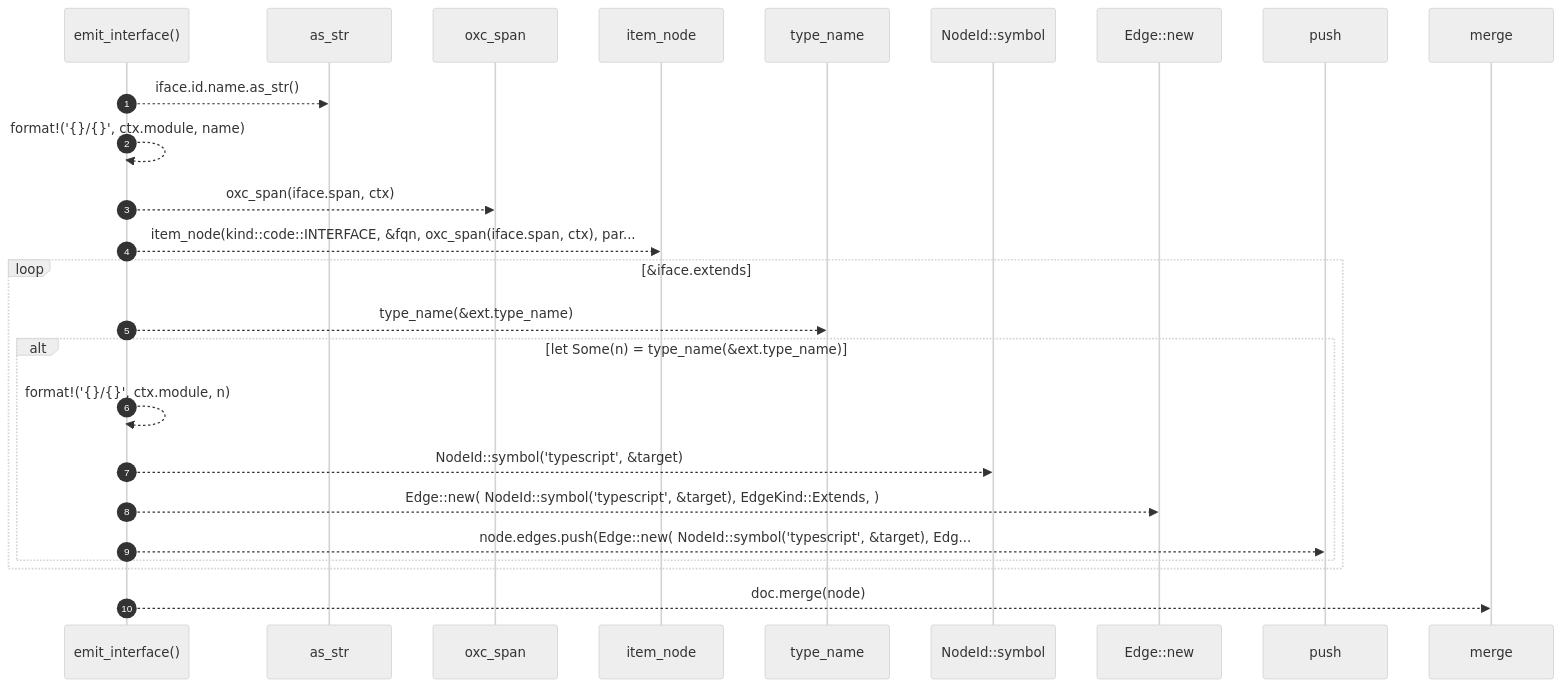
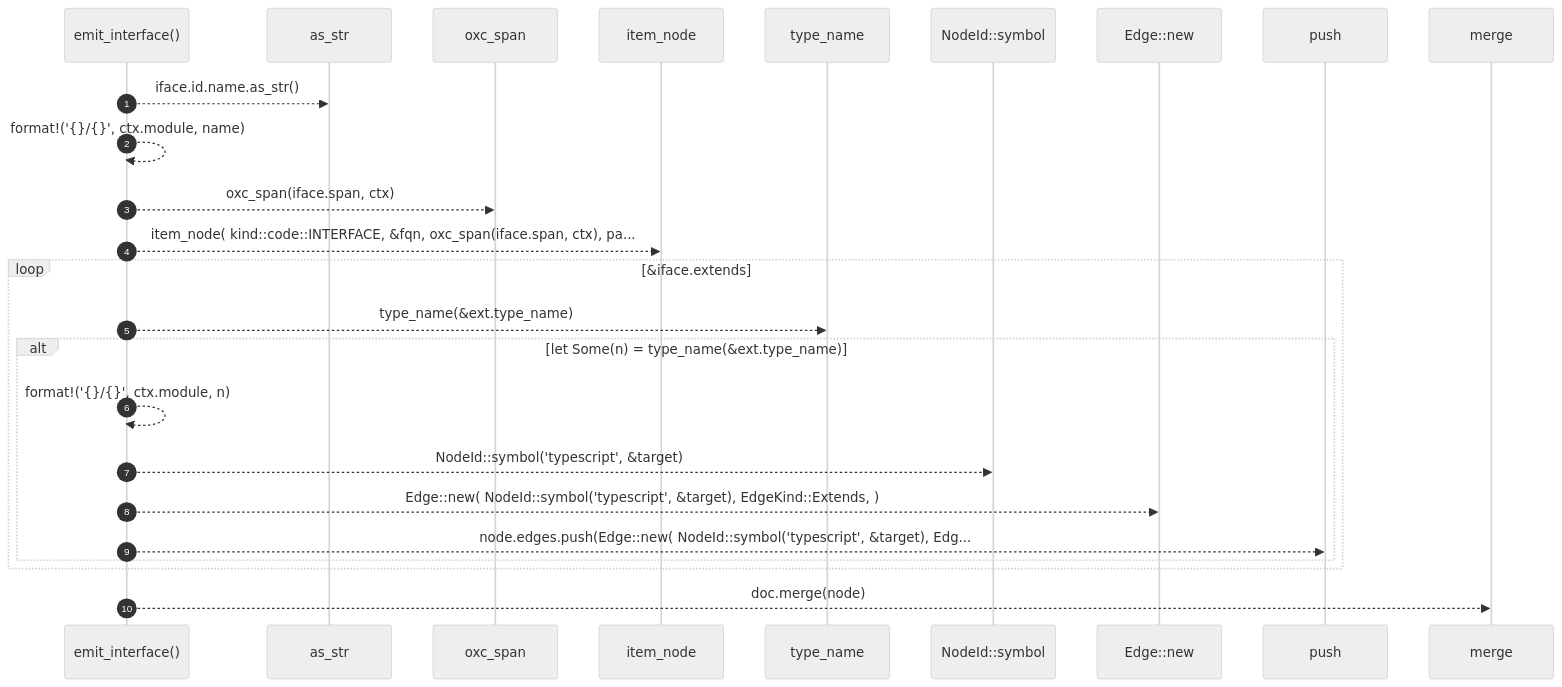
The diagram in docs/self-model/robby_extract/typescript/emit-interface.md (RyanGuild/self-describing-code), drawn with Mermaid (neutral theme) before and after one commit. The commit also changed other lines of this file and 747 other files, not shown here.

````diff
--- a/docs/self-model/robby_extract/typescript/emit-interface.md
+++ b/docs/self-model/robby_extract/typescript/emit-interface.md
@@ -35,27 +40,27 @@
 ```mermaid
 sequenceDiagram
     autonumber
     participant emit_interface as emit_interface()
     participant as_str as as_str
     participant oxc_span as oxc_span
     participant item_node as item_node
     participant type_name as type_name
     participant NodeId__symbol as NodeId::symbol
     participant Edge__new as Edge::new
     participant push as push
     participant merge as merge
     emit_interface-->>as_str: iface.id.name.as_str()
     emit_interface-->>emit_interface: format!('{}/{}', ctx.module, name)
     emit_interface-->>oxc_span: oxc_span(iface.span, ctx)
-    emit_interface-->>item_node: item_node(kind::code::INTERFACE, &fqn, oxc_span(iface.span, ctx), par...
+    emit_interface-->>item_node: item_node( kind::code::INTERFACE, &fqn, oxc_span(iface.span, ctx), pa...
     loop &iface.extends
     emit_interface-->>type_name: type_name(&ext.type_name)
     alt let Some(n) = type_name(&ext.type_name)
     emit_interface-->>emit_interface: format!('{}/{}', ctx.module, n)
     emit_interface-->>NodeId__symbol: NodeId::symbol('typescript', &target)
     emit_interface-->>Edge__new: Edge::new( NodeId::symbol('typescript', &target), EdgeKind::Extends, )
     emit_interface-->>push: node.edges.push(Edge::new( NodeId::symbol('typescript', &target), Edg...
     end
     end
     emit_interface-->>merge: doc.merge(node)
 ```
````
